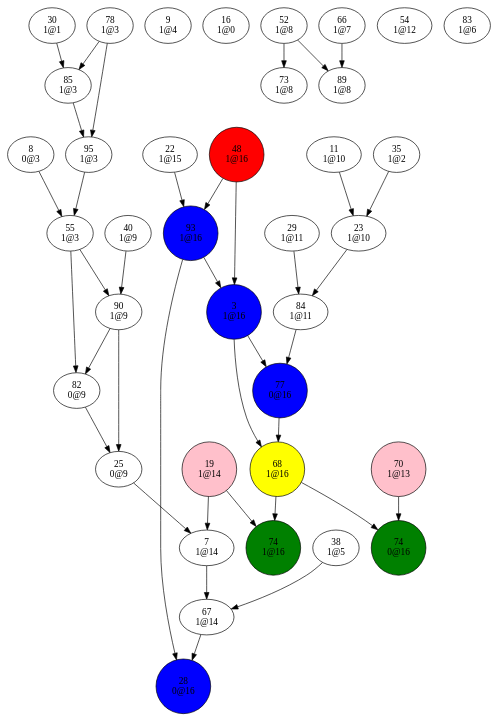
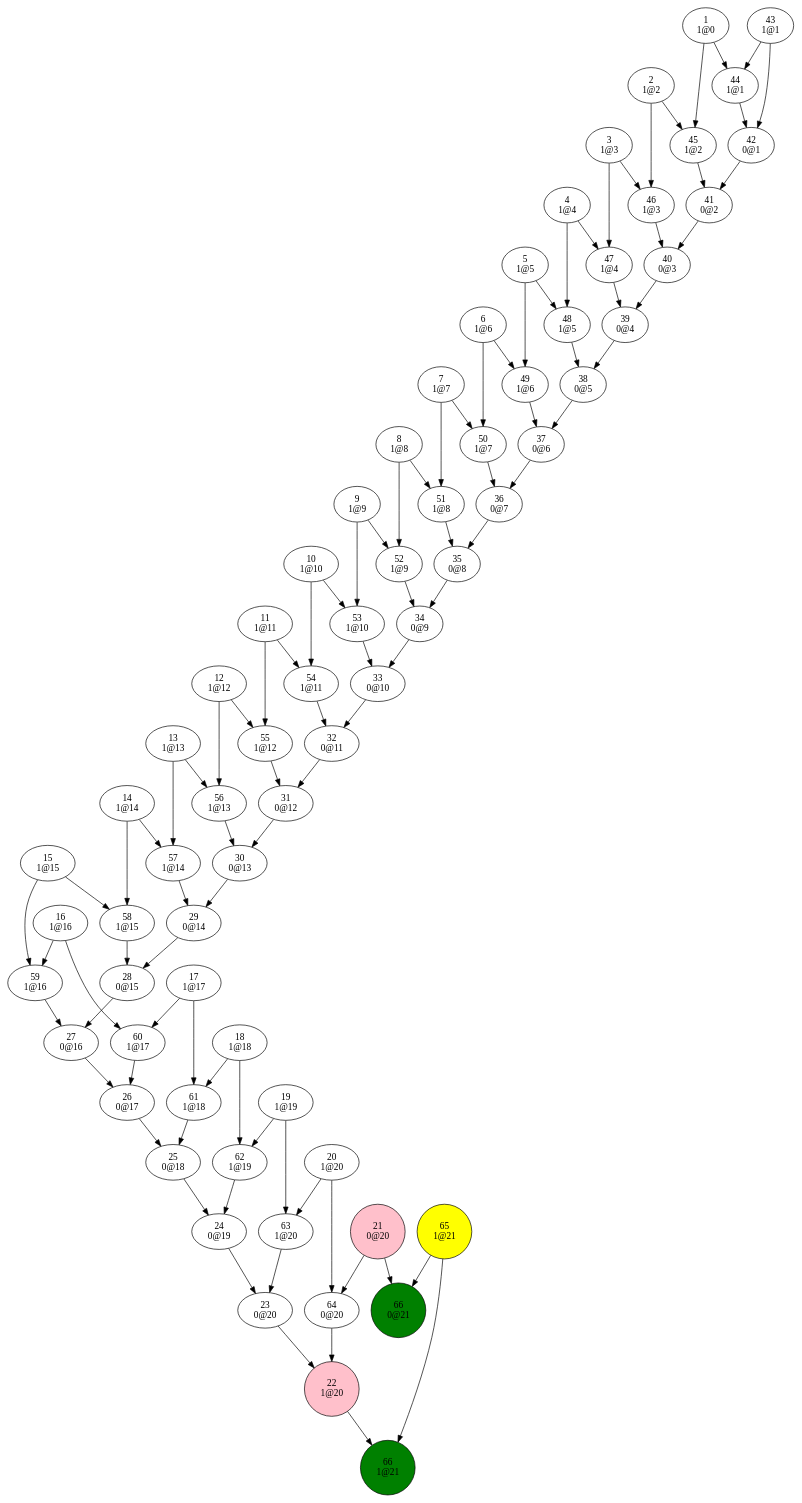
One commit to Oxmose/SATSolver changed the diagram in dev/bin/conflictGraph1.dot. Above: the diagram before and after it, drawn with Graphviz. The commit also changed 18 other files, not shown here.

```diff
--- a/dev/bin/conflictGraph1.dot
+++ b/dev/bin/conflictGraph1.dot
@@ -1,151 +1,280 @@
 digraph {
+"1
+1@0"->"44
+1@1";
+"1
+1@0"->"45
+1@2";
+"2
+1@2"->"45
+1@2";
+"2
+1@2"->"46
+1@3";
 "3
-1@16"->"68
+1@3"->"46
+1@3";
+"3
+1@3"->"47
+1@4";
+"4
+1@4"->"47
+1@4";
+"4
+1@4"->"48
+1@5";
+"5
+1@5"->"48
+1@5";
+"5
+1@5"->"49
+1@6";
+"6
+1@6"->"49
+1@6";
+"6
+1@6"->"50
+1@7";
+"7
+1@7"->"50
+1@7";
+"7
+1@7"->"51
+1@8";
+"8
+1@8"->"51
+1@8";
+"8
+1@8"->"52
+1@9";
+"9
+1@9"->"52
+1@9";
+"9
+1@9"->"53
+1@10";
+"10
+1@10"->"53
+1@10";
+"10
+1@10"->"54
+1@11";
+"11
+1@11"->"54
+1@11";
+"11
+1@11"->"55
+1@12";
+"12
+1@12"->"55
+1@12";
+"12
+1@12"->"56
+1@13";
+"13
+1@13"->"56
+1@13";
+"13
+1@13"->"57
+1@14";
+"14
+1@14"->"57
+1@14";
+"14
+1@14"->"58
+1@15";
+"15
+1@15"->"58
+1@15";
+"15
+1@15"->"59
 1@16";
-"3
-1@16"->"77
-0@16";
-"7
-1@14"->"67
-1@14";
-"8
-0@3"->"55
-1@3";
-"9
-1@4";
-"11
-1@10"->"23
-1@10";
 "16
-1@0";
+1@16"->"59
+1@16";
+"16
+1@16"->"60
+1@17";
+"17
+1@17"->"60
+1@17";
+"17
+1@17"->"61
+1@18";
+"18
+1@18"->"61
+1@18";
+"18
+1@18"->"62
+1@19";
 "19
-1@14"->"7
-1@14";
+1@19"->"62
+1@19";
 "19
-1@14"->"74
-1@16";
+1@19"->"63
+1@20";
+"20
+1@20"->"63
+1@20";
+"20
+1@20"->"64
+0@20";
+"21
+0@20"->"64
+0@20";
+"21
+0@20"->"66
+0@21";
 "22
-1@15"->"93
-1@16";
+1@20"->"66
+1@21";
 "23
-1@10"->"84
-1@11";
+0@20"->"22
+1@20";
+"24
+0@19"->"23
+0@20";
 "25
-0@9"->"7
-1@14";
+0@18"->"24
+0@19";
+"26
+0@17"->"25
+0@18";
+"27
+0@16"->"26
+0@17";
 "28
+0@15"->"27
 0@16";
 "29
-1@11"->"84
-1@11";
+0@14"->"28
+0@15";
 "30
-1@1"->"85
-1@3";
+0@13"->"29
+0@14";
+"31
+0@12"->"30
+0@13";
+"32
+0@11"->"31
+0@12";
+"33
+0@10"->"32
+0@11";
+"34
+0@9"->"33
+0@10";
 "35
-1@2"->"23
-1@10";
+0@8"->"34
+0@9";
+"36
+0@7"->"35
+0@8";
+"37
+0@6"->"36
+0@7";
 "38
-1@5"->"67
-1@14";
+0@5"->"37
+0@6";
+"39
+0@4"->"38
+0@5";
 "40
-1@9"->"90
-1@9";
+0@3"->"39
+0@4";
+"41
+0@2"->"40
+0@3";
+"42
+0@1"->"41
+0@2";
+"43
+1@1"->"42
+0@1";
+"43
+1@1"->"44
+1@1";
+"44
+1@1"->"42
+0@1";
+"45
+1@2"->"41
+0@2";
+"46
+1@3"->"40
+0@3";
+"47
+1@4"->"39
+0@4";
 "48
-1@16"->"3
-1@16";
-"48
-1@16"->"93
-1@16";
+1@5"->"38
+0@5";
+"49
+1@6"->"37
+0@6";
+"50
+1@7"->"36
+0@7";
+"51
+1@8"->"35
+0@8";
 "52
-1@8"->"73
-1@8";
-"52
-1@8"->"89
-1@8";
+1@9"->"34
+0@9";
+"53
+1@10"->"33
+0@10";
 "54
-1@12";
+1@11"->"32
+0@11";
 "55
-1@3"->"82
-0@9";
-"55
-1@3"->"90
-1@9";
+1@12"->"31
+0@12";
+"56
+1@13"->"30
+0@13";
+"57
+1@14"->"29
+0@14";
+"58
+1@15"->"28
+0@15";
+"59
+1@16"->"27
+0@16";
+"60
+1@17"->"26
+0@17";
+"61
+1@18"->"25
+0@18";
+"62
+1@19"->"24
+0@19";
+"63
+1@20"->"23
+0@20";
+"64
+0@20"->"22
+1@20";
+"65
+1@21"->"66
+0@21";
+"65
+1@21"->"66
+1@21";
 "66
-1@7"->"89
-1@8";
-"67
-1@14"->"28
-0@16";
-"68
-1@16"->"74
-0@16";
-"68
-1@16"->"74
-1@16";
-"70
-1@13"->"74
-0@16";
-"73
-1@8";
-"74
-0@16";
-"74
-1@16";
-"77
-0@16"->"68
-1@16";
-"78
-1@3"->"85
-1@3";
-"78
-1@3"->"95
-1@3";
-"82
-0@9"->"25
-0@9";
-"83
-1@6";
-"84
-1@11"->"77
-0@16";
-"85
-1@3"->"95
-1@3";
-"89
-1@8";
-"90
-1@9"->"25
-0@9";
-"90
-1@9"->"82
-0@9";
-"93
-1@16"->"3
-1@16";
-"93
-1@16"->"28
-0@16";
-"95
-1@3"->"55
-1@3";
-"3
-1@16"[shape=circle, style=filled, fillcolor=blue];
-"19
-1@14"[shape=circle, style=filled, fillcolor=pink];
-"28
-0@16"[shape=circle, style=filled, fillcolor=blue];
-"48
-1@16"[shape=circle, style=filled, fillcolor=red];
-"68
-1@16"[shape=circle, style=filled, fillcolor=yellow];
-"70
-1@13"[shape=circle, style=filled, fillcolor=pink];
-"74
-0@16"[shape=circle, style=filled, fillcolor=green];
-"74
-1@16"[shape=circle, style=filled, fillcolor=green];
-"77
-0@16"[shape=circle, style=filled, fillcolor=blue];
-"93
-1@16"[shape=circle, style=filled, fillcolor=blue];
+0@21";
+"66
+1@21";
+"21
+0@20"[shape=circle, style=filled, fillcolor=pink];
+"22
+1@20"[shape=circle, style=filled, fillcolor=pink];
+"65
+1@21"[shape=circle, style=filled, fillcolor=yellow];
+"66
+0@21"[shape=circle, style=filled, fillcolor=green];
+"66
+1@21"[shape=circle, style=filled, fillcolor=green];
 }
```
